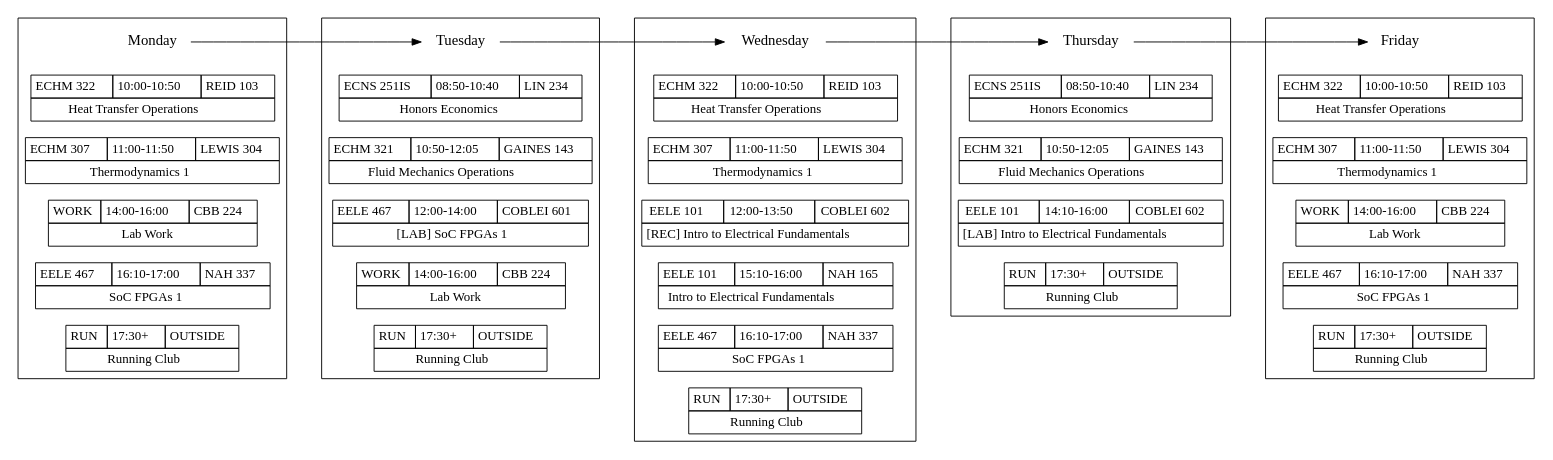
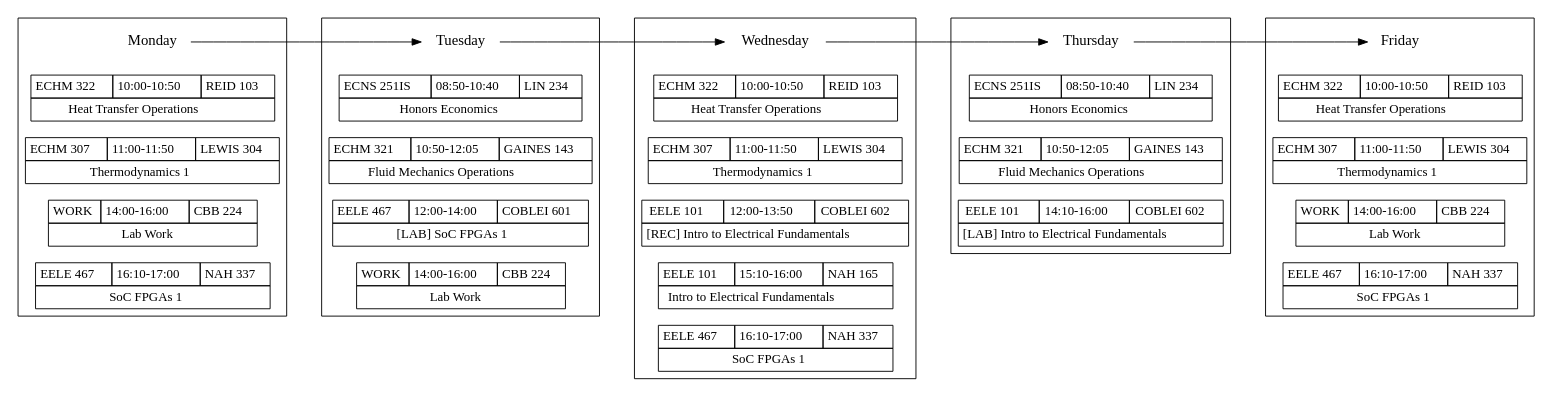
One commit to w-culhane/schedule-flowchart changed the diagram in schedule_3-junior-sem-1-fall.gv. Above: the diagram before and after it, drawn with Graphviz.

Commit message:
Remove running club

```diff
--- a/schedule_3-junior-sem-1-fall.gv
+++ b/schedule_3-junior-sem-1-fall.gv
@@ -7,7 +7,7 @@
     }
 
     {node [shape=none, margin=0]
-        subgraph clustermonday { rank = same; "Monday"; "ECHM322-m"; "ECHM307-m"; "WORK-m"; "EELE467-m"; "RUN-m"; }
+        subgraph clustermonday { rank = same; "Monday"; "ECHM322-m"; "ECHM307-m"; "WORK-m"; "EELE467-m"; }
     }
 
     "ECHM322-m" [label=<
@@ -50,18 +50,8 @@
     <TR><TD COLSPAN="3">Lab Work</TD></TR>
     </TABLE>>];
 
-    "RUN-m" [label=<
-    <TABLE BORDER="0" CELLBORDER="1" CELLSPACING="0" CELLPADDING="4">
-    <TR>
-    <TD>RUN</TD>
-    <TD>17:30+</TD>
-    <TD>OUTSIDE</TD>
-    </TR>
-    <TR><TD COLSPAN="3">Running Club</TD></TR>
-    </TABLE>>];
-
     {node [shape=none, margin=0]
-        subgraph clustertuesday { rank = same; "Tuesday"; "ECNS251IS-t"; "ECHM321-t"; "EELE467-t-lab"; "WORK-t"; "RUN-t"; }
+        subgraph clustertuesday { rank = same; "Tuesday"; "ECNS251IS-t"; "ECHM321-t"; "EELE467-t-lab"; "WORK-t"; }
     }
 
     "ECNS251IS-t" [label=<
@@ -104,18 +94,8 @@
     <TR><TD COLSPAN="3">Lab Work</TD></TR>
     </TABLE>>];
 
-    "RUN-t" [label=<
-    <TABLE BORDER="0" CELLBORDER="1" CELLSPACING="0" CELLPADDING="4">
-    <TR>
-    <TD>RUN</TD>
-    <TD>17:30+</TD>
-    <TD>OUTSIDE</TD>
-    </TR>
-    <TR><TD COLSPAN="3">Running Club</TD></TR>
-    </TABLE>>];
-
     {node [shape=none, margin=0]
-        subgraph clusterwednesday { rank = same; "Wednesday"; "ECHM322-w"; "ECHM307-w"; "EELE101-w-rec"; "EELE101-w"; "EELE467-w"; "RUN-w"; }
+        subgraph clusterwednesday { rank = same; "Wednesday"; "ECHM322-w"; "ECHM307-w"; "EELE101-w-rec"; "EELE101-w"; "EELE467-w"; }
     }
 
     "ECHM322-w" [label=<
@@ -168,18 +148,8 @@
     <TR><TD COLSPAN="3">SoC FPGAs 1</TD></TR>
     </TABLE>>];
 
-    "RUN-w" [label=<
-    <TABLE BORDER="0" CELLBORDER="1" CELLSPACING="0" CELLPADDING="4">
-    <TR>
-    <TD>RUN</TD>
-    <TD>17:30+</TD>
-    <TD>OUTSIDE</TD>
-    </TR>
-    <TR><TD COLSPAN="3">Running Club</TD></TR>
-    </TABLE>>];
-
     {node [shape=none, margin=0]
-        subgraph clusterthursday { rank = same; "Thursday"; "ECNS251IS-r"; "ECHM321-r"; "EELE101-r-lab"; "RUN-r"; }
+        subgraph clusterthursday { rank = same; "Thursday"; "ECNS251IS-r"; "ECHM321-r"; "EELE101-r-lab"; }
     }
 
     "ECNS251IS-r" [label=<
@@ -212,18 +182,8 @@
     <TR><TD COLSPAN="3">[LAB] Intro to Electrical Fundamentals</TD></TR>
     </TABLE>>];
 
-    "RUN-r" [label=<
-    <TABLE BORDER="0" CELLBORDER="1" CELLSPACING="0" CELLPADDING="4">
-    <TR>
-    <TD>RUN</TD>
-    <TD>17:30+</TD>
-    <TD>OUTSIDE</TD>
-    </TR>
-    <TR><TD COLSPAN="3">Running Club</TD></TR>
-    </TABLE>>];
-
     {node [shape=none, margin=0]
-        subgraph clusterfriday { rank = same; "Friday"; "ECHM322-f"; "ECHM307-f"; "WORK-f"; "EELE467-f"; "RUN-f"; }
+        subgraph clusterfriday { rank = same; "Friday"; "ECHM322-f"; "ECHM307-f"; "WORK-f"; "EELE467-f"; }
     }
 
     "ECHM322-f" [label=<
@@ -265,14 +225,4 @@
     </TR>
     <TR><TD COLSPAN="3">Lab Work</TD></TR>
     </TABLE>>];
-
-    "RUN-f" [label=<
-    <TABLE BORDER="0" CELLBORDER="1" CELLSPACING="0" CELLPADDING="4">
-    <TR>
-    <TD>RUN</TD>
-    <TD>17:30+</TD>
-    <TD>OUTSIDE</TD>
-    </TR>
-    <TR><TD COLSPAN="3">Running Club</TD></TR>
-    </TABLE>>];
 }
```
